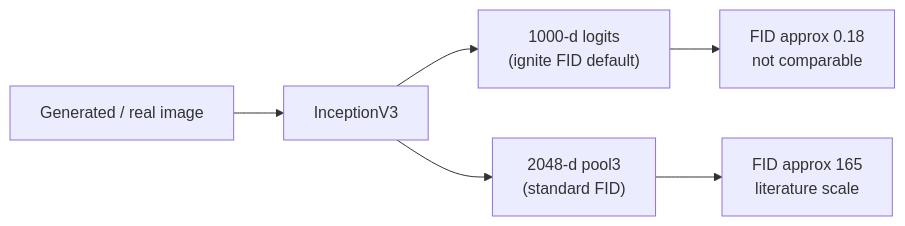
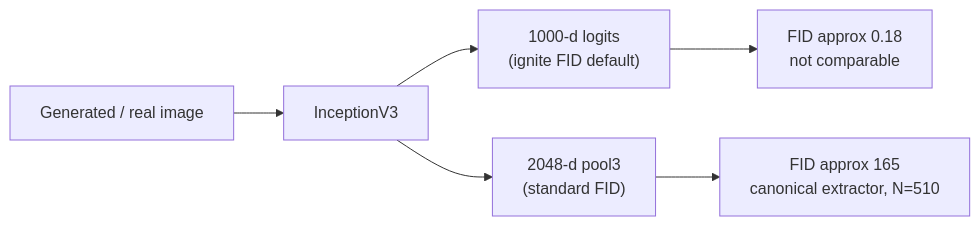
The diagram in _posts/2026-06-18-troubleshooting-fid-wrong-feature-space.md (youngunghan/scitechblog), drawn with Mermaid before and after one commit. The commit also changed other lines of this file and 87 other files, not shown here.

````diff
--- a/_posts/2026-06-18-troubleshooting-fid-wrong-feature-space.md
+++ b/_posts/2026-06-18-troubleshooting-fid-wrong-feature-space.md
@@ -52,8 +52,8 @@
 ```mermaid
 flowchart LR
     I["Generated / real image"] --> N["InceptionV3"]
     N --> L["1000-d logits<br/>(ignite FID default)"]
     N --> P["2048-d pool3<br/>(standard FID)"]
     L --> A["FID approx 0.18<br/>not comparable"]
-    P --> B["FID approx 165<br/>literature scale"]
+    P --> B["FID approx 165<br/>canonical extractor, N=510"]
 ```
````
